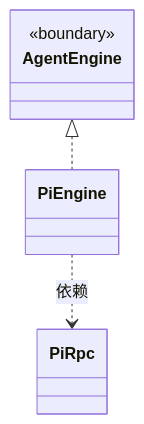
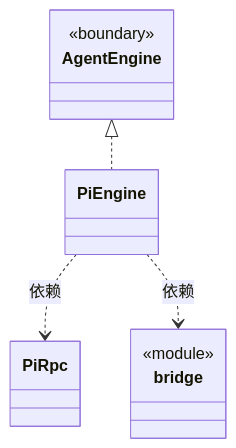
Before and after one commit to nan023062/cbim: the diagram in src/logic/execution/engines/pi/ARCHITECTURE.md, drawn with Mermaid. The commit also changed other lines of this file and 136 other files, not shown here.

````diff
--- a/src/logic/execution/engines/pi/ARCHITECTURE.md
+++ b/src/logic/execution/engines/pi/ARCHITECTURE.md
@@ -20,13 +23,18 @@
 ```mermaid
 classDiagram
 class N_35364cc05e43["PiEngine"]
 click N_35364cc05e43 href "engine.ts"
 class N_24230b67b640["PiRpc"]
 click N_24230b67b640 href "rpc.ts"
+class N_73107ecab2db["bridge"] {
+  <<module>>
+}
+click N_73107ecab2db href "bridge.ts"
 class N_649b8a6ac172["AgentEngine"] {
   <<boundary>>
 }
 click N_649b8a6ac172 href "../../rules/types.ts"
 N_35364cc05e43 ..> N_24230b67b640 : 依赖
+N_35364cc05e43 ..> N_73107ecab2db : 依赖
 N_649b8a6ac172 <|.. N_35364cc05e43
 ```
````
